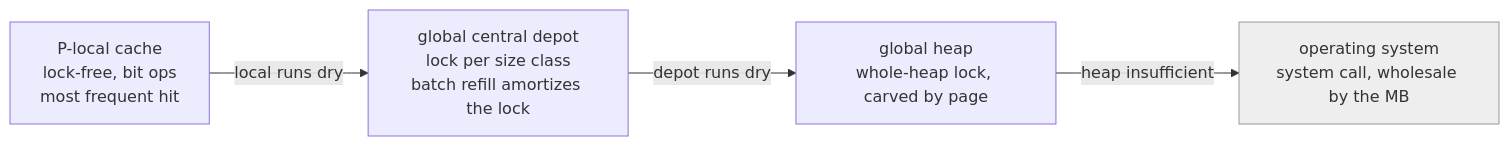
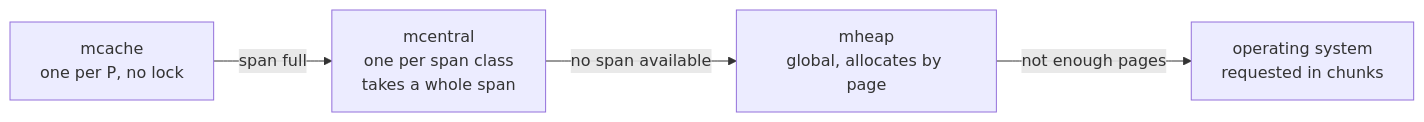
The diagram in book/en-us/part4memory/ch12alloc/basic.md (golang-design/under-the-hood), drawn with Mermaid before and after one commit. The commit also changed other lines of this file and 30 other files, not shown here.

````diff
--- a/book/en-us/part4memory/ch12alloc/basic.md
+++ b/book/en-us/part4memory/ch12alloc/basic.md
@@ -47,8 +223,6 @@
 ```mermaid
 flowchart LR
-    A["P-local cache<br/>lock-free, bit ops<br/>most frequent hit"] -->|local runs dry| B["global central depot<br/>lock per size class<br/>batch refill amortizes the lock"]
-    B -->|depot runs dry| C["global heap<br/>whole-heap lock, carved by page"]
-    C -->|heap insufficient| D["operating system<br/>system call, wholesale by the MB"]
-    classDef cold fill:#eee,stroke:#999;
-    class D cold;
+    A["mcache<br/>one per P, no lock"] -->|span full| B["mcentral<br/>one per span class<br/>takes a whole span"]
+    B -->|no span available| C["mheap<br/>global, allocates by page"]
+    C -->|not enough pages| D["operating system<br/>requested in chunks"]
 ```
````
